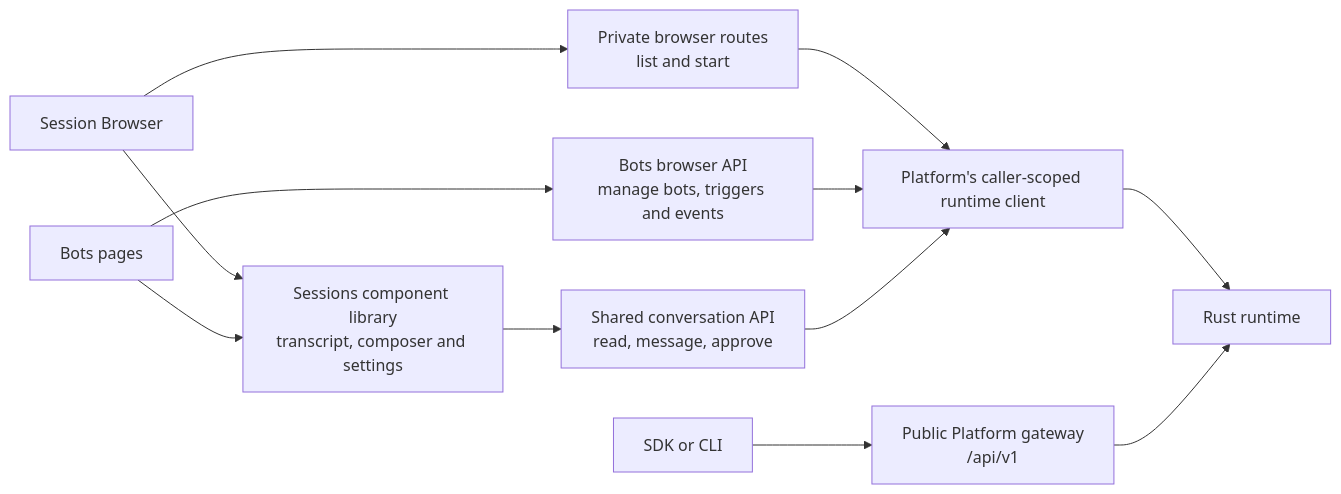
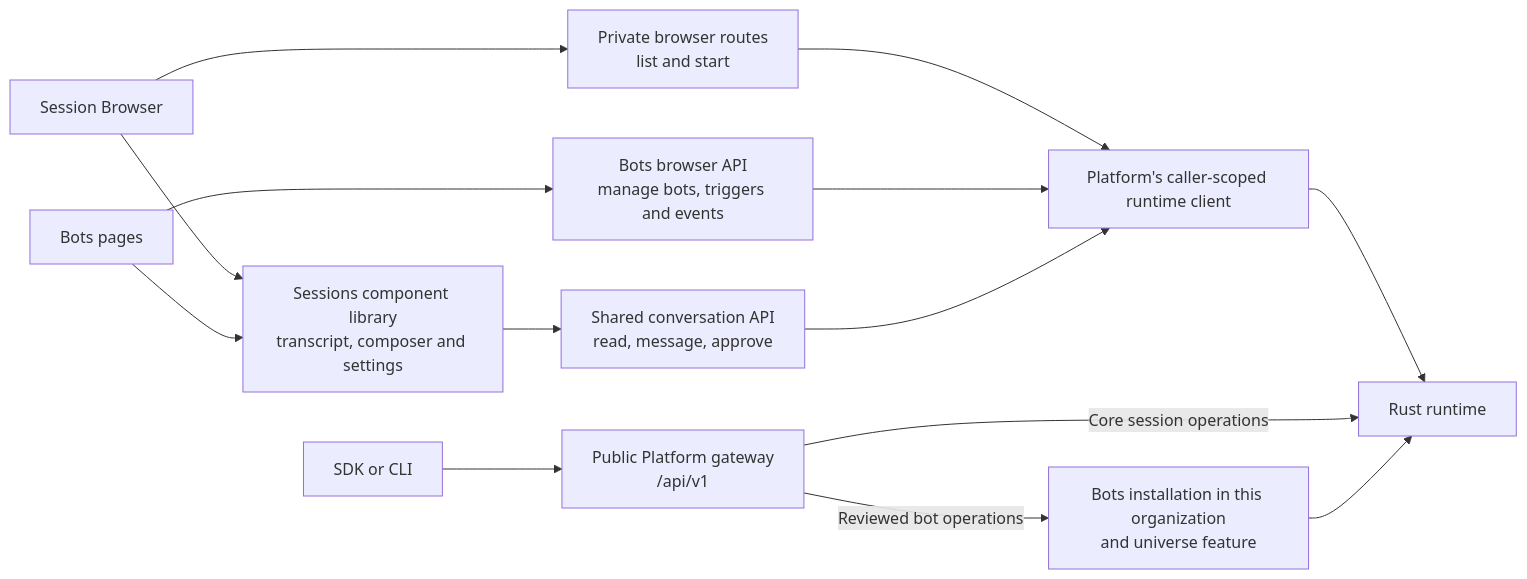
Before and after one commit to smartcomputer-ai/lightspeed: the first of 6 diagrams in docs/roadmap/later/pNNN-platform-modules.md, drawn with Mermaid. The commit also changed other lines of this file and 16 other files, not shown here.

Commit message:
Gate public Bots operations on the organization installation

````diff
--- a/docs/roadmap/later/pNNN-platform-modules.md
+++ b/docs/roadmap/later/pNNN-platform-modules.md
@@ -24,14 +24,16 @@
 ```mermaid
 flowchart LR
     sessions["Session Browser"] --> collection["Private browser routes<br/>list and start"]
     bots["Bots pages"] --> management["Bots browser API<br/>manage bots, triggers and events"]
     sessions --> view["Sessions component library<br/>transcript, composer and settings"]
     bots --> view
     view --> detail["Shared conversation API<br/>read, message, approve"]
     collection --> client["Platform's caller-scoped runtime client"]
     management --> client
     detail --> client
     client --> core["Rust runtime"]
     sdk["SDK or CLI"] --> gateway["Public Platform gateway<br/>/api/v1"]
-    gateway --> core
+    gateway -->|Core session operations| core
+    gateway -->|Reviewed bot operations| installation["Bots installation in this organization<br/>and universe feature"]
+    installation --> core
 ```
````
